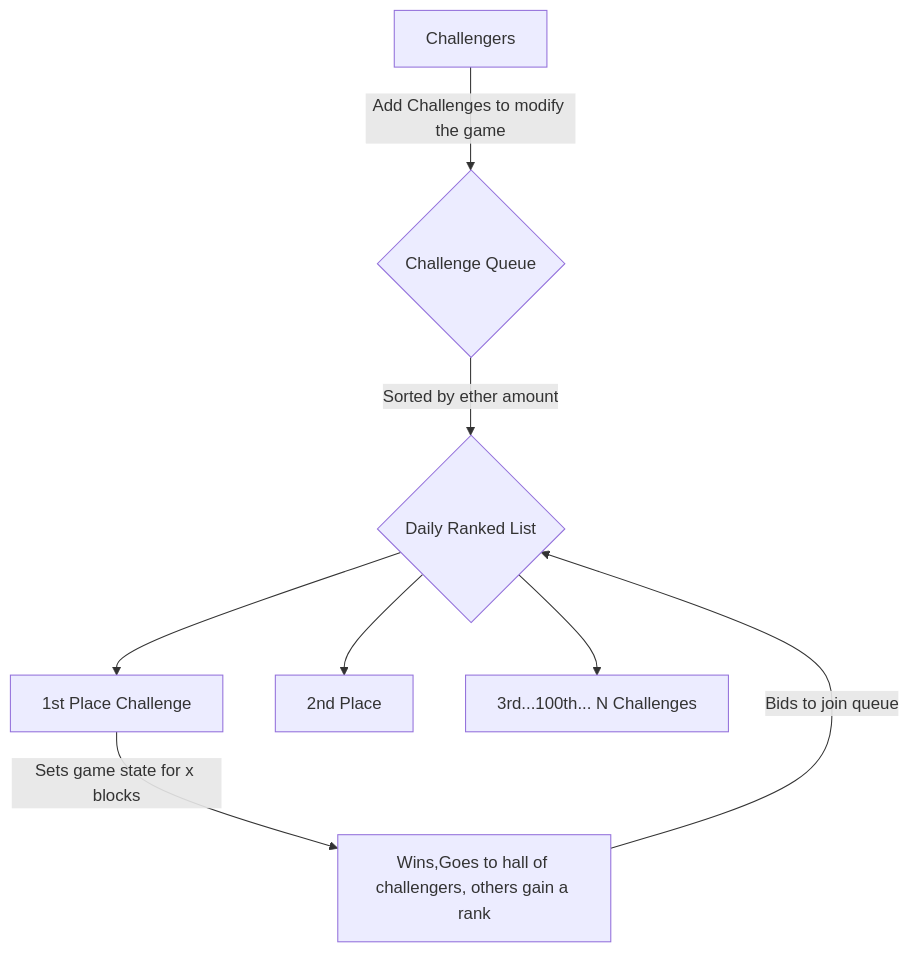
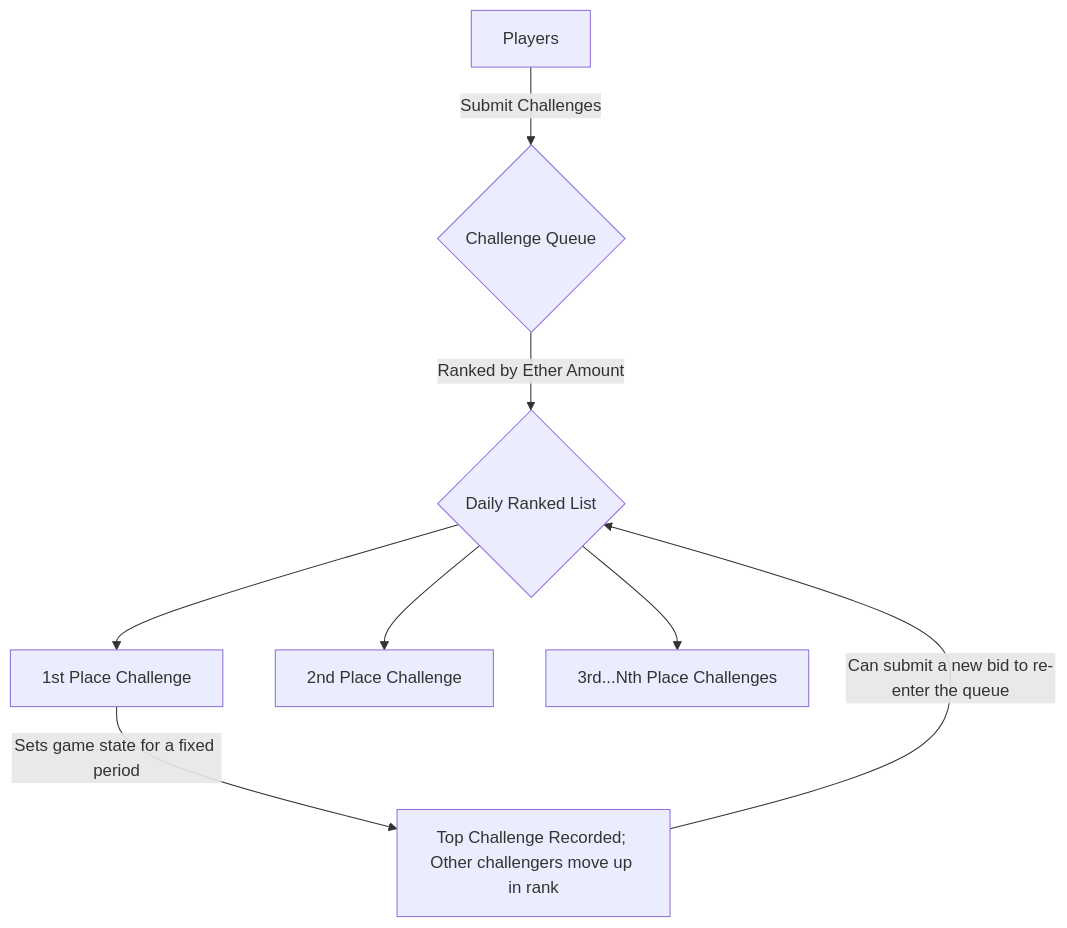
The third of 6 diagrams in README.md (OnChainSurvivor/OnChainSurvivor), drawn with Mermaid before and after one commit. The commit also changed other lines of this file, not shown here.

````diff
--- a/README.md
+++ b/README.md
@@ -29,10 +26,10 @@
 ```mermaid
 graph TD
-    A[Challengers] -->|Add Challenges to modify the game| B{Challenge Queue}
-    B -->|Sorted by ether amount | C{Daily Ranked List}
+    A[Players] -->|Submit Challenges| B{Challenge Queue}
+    B -->|Ranked by Ether Amount| C{Daily Ranked List}
     C --> D1[1st Place Challenge]
-    C --> D2[2nd Place]
-    C --> D12[3rd...100th... N Challenges]
-    D1 -->| Sets game state for x blocks | E[Wins,Goes to hall of challengers, others gain a rank]
-    E -->| Bids to join queue | C
+    C --> D2[2nd Place Challenge]
+    C --> Dn[3rd...Nth Place Challenges]
+    D1 -->|Sets game state for a fixed period| E[Top Challenge Recorded; Other challengers move up in rank]
+    E -->|Can submit a new bid to re-enter the queue| C
 ```
````
